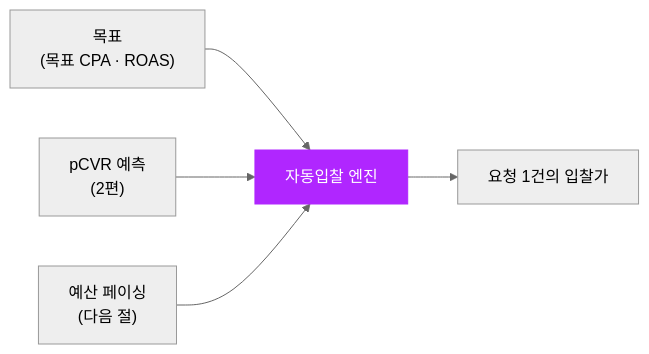
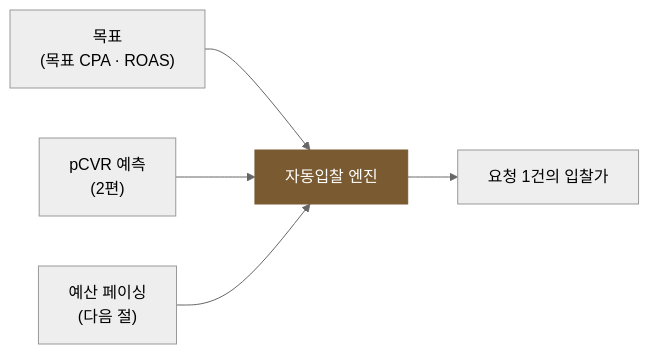
Before and after one commit to chkimsu/adtech-blog: the first of 2 diagrams in posts/kakao-ads-bidding-measurement.md, drawn with Mermaid (neutral theme). The commit also changed other lines of this file and 40 other files, not shown here.

````diff
--- a/posts/kakao-ads-bidding-measurement.md
+++ b/posts/kakao-ads-bidding-measurement.md
@@ -21,8 +21,8 @@
 ```mermaid
 graph LR
     GOAL["목표<br/>(목표 CPA · ROAS)"] --> BID["자동입찰 엔진"]
     PCVR["pCVR 예측<br/>(2편)"] --> BID
     PACE["예산 페이싱<br/>(다음 절)"] --> BID
     BID --> FINAL["요청 1건의 입찰가"]
-    style BID fill:#b026ff,stroke:#b026ff,color:#fff
+    style BID fill:#7a5a30,stroke:#7a5a30,color:#fff
 ```
````
